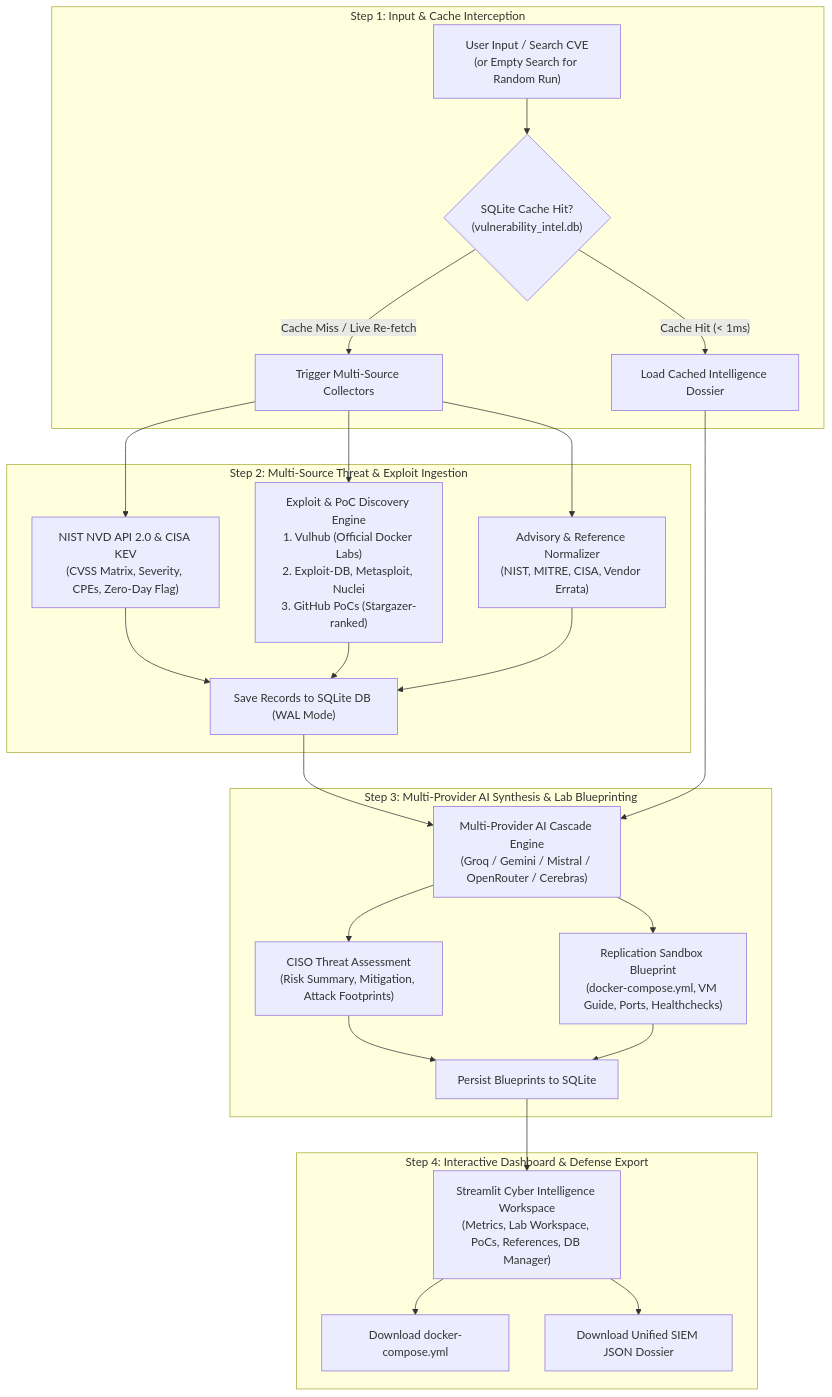
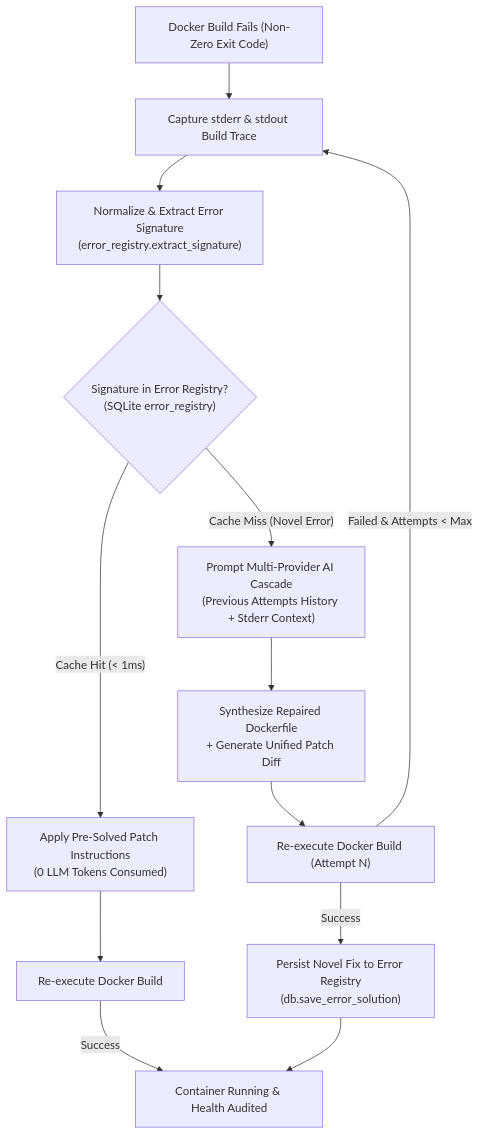
Before and after one commit to strikedevm/ATI-Project: the diagram in documentation.md, drawn with Mermaid. The commit also changed other lines of this file and 14 other files, not shown here.

````diff
--- a/documentation.md
+++ b/documentation.md
@@ -54,32 +105,20 @@
 ```mermaid
 flowchart TD
-    %% Step 1: Input & Cache
-    subgraph Step1 ["Step 1: Input & Cache Interception"]
-        A["User Input / Search CVE<br/>(or Empty Search for Random Run)"] --> B{"SQLite Cache Hit?<br/>(vulnerability_intel.db)"}
-        B -- "Cache Hit (< 1ms)" --> C1["Load Cached Intelligence Dossier"]
-        B -- "Cache Miss / Live Re-fetch" --> C2["Trigger Multi-Source Collectors"]
-    end
-
-    %% Step 2: Multi-Source Ingestion
-    subgraph Step2 ["Step 2: Multi-Source Threat & Exploit Ingestion"]
-        C2 --> D1["NIST NVD API 2.0 & CISA KEV<br/>(CVSS Matrix, Severity, CPEs, Zero-Day Flag)"]
-        C2 --> D2["Exploit & PoC Discovery Engine<br/>1. Vulhub (Official Docker Labs)<br/>2. Exploit-DB, Metasploit, Nuclei<br/>3. GitHub PoCs (Stargazer-ranked)"]
-        C2 --> D3["Advisory & Reference Normalizer<br/>(NIST, MITRE, CISA, Vendor Errata)"]
-        D1 & D2 & D3 --> E["Save Records to SQLite DB (WAL Mode)"]
-    end
-
-    %% Step 3: AI Synthesis
-    subgraph Step3 ["Step 3: Multi-Provider AI Synthesis & Lab Blueprinting"]
-        E & C1 --> F["Multi-Provider AI Cascade Engine<br/>(Groq / Gemini / Mistral / OpenRouter / Cerebras)"]
-        F --> G1["CISO Threat Assessment<br/>(Risk Summary, Mitigation, Attack Footprints)"]
-        F --> G2["Replication Sandbox Blueprint<br/>(docker-compose.yml, VM Guide, Ports, Healthchecks)"]
-        G1 & G2 --> H["Persist Blueprints to SQLite"]
-    end
-
-    %% Step 4: Presentation & Export
-    subgraph Step4 ["Step 4: Interactive Dashboard & Defense Export"]
-        H --> I["Streamlit Cyber Intelligence Workspace<br/>(Metrics, Lab Workspace, PoCs, References, DB Manager)"]
-        I --> J1["Download docker-compose.yml"]
-        I --> J2["Download Unified SIEM JSON Dossier"]
-    end
+    BuildFail["Docker Build Fails (Non-Zero Exit Code)"] --> ErrorCapture["Capture stderr & stdout Build Trace"]
+    ErrorCapture --> SigHash["Normalize & Extract Error Signature<br/>(error_registry.extract_signature)"]
+    
+    SigHash --> MemCheck{"Signature in Error Registry?<br/>(SQLite error_registry)"}
+    
+    MemCheck -- "Cache Hit (< 1ms)" --> ApplyMem["Apply Pre-Solved Patch Instructions<br/>(0 LLM Tokens Consumed)"]
+    ApplyMem --> RebuildMem["Re-execute Docker Build"]
+    
+    MemCheck -- "Cache Miss (Novel Error)" --> LLMCascade["Prompt Multi-Provider AI Cascade<br/>(Previous Attempts History + Stderr Context)"]
+    LLMCascade --> GenPatch["Synthesize Repaired Dockerfile<br/>+ Generate Unified Patch Diff"]
+    GenPatch --> RebuildNovel["Re-execute Docker Build (Attempt N)"]
+    
+    RebuildMem -- "Success" --> Complete["Container Running & Health Audited"]
+    RebuildNovel -- "Success" --> SaveMem["Persist Novel Fix to Error Registry<br/>(db.save_error_solution)"]
+    SaveMem --> Complete
+    
+    RebuildNovel -- "Failed & Attempts < Max" --> ErrorCapture
 ```
````
